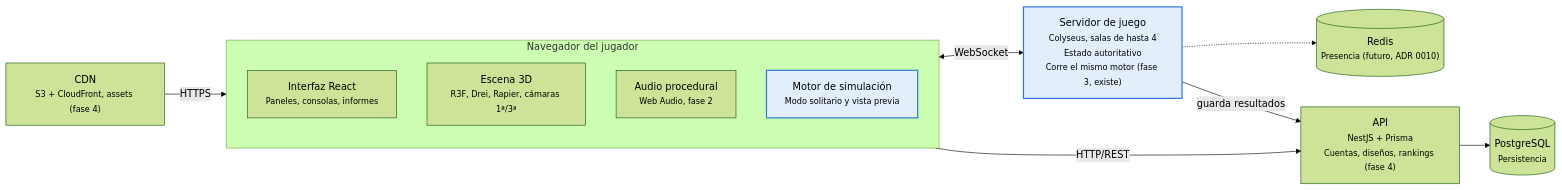
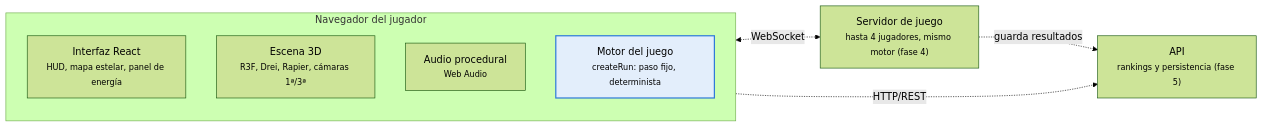
Before and after one commit to katsevi/payload: the diagram in docs/ARCHITECTURE.md, drawn with Mermaid (forest theme). The commit also changed other lines of this file and 278 other files, not shown here.

````diff
--- a/docs/ARCHITECTURE.md
+++ b/docs/ARCHITECTURE.md
@@ -13,22 +12,15 @@
 ```mermaid
 flowchart LR
     subgraph NAV["Navegador del jugador"]
-        UI["Interfaz React<br/><small>Paneles, consolas, informes</small>"]
+        UI["Interfaz React<br/><small>HUD, mapa estelar, panel de energía</small>"]
         ESC["Escena 3D<br/><small>R3F, Drei, Rapier, cámaras 1ª/3ª</small>"]
-        AUD["Audio procedural<br/><small>Web Audio, fase 2</small>"]
-        SIM1["Motor de simulación<br/><small>Modo solitario y vista previa</small>"]
+        AUD["Audio procedural<br/><small>Web Audio</small>"]
+        SIM1["Motor del juego<br/><small>createRun: paso fijo, determinista</small>"]
     end
-    CDN["CDN<br/><small>S3 + CloudFront, assets (fase 4)</small>"]
-    GS["Servidor de juego<br/><small>Colyseus, salas de hasta 4<br/>Estado autoritativo<br/>Corre el mismo motor (fase 3, existe)</small>"]
-    API["API<br/><small>NestJS + Prisma<br/>Cuentas, diseños, rankings (fase 4)</small>"]
-    RED[("Redis<br/><small>Presencia (futuro, ADR 0010)</small>")]
-    PG[("PostgreSQL<br/><small>Persistencia</small>")]
-    CDN -- HTTPS --> NAV
-    NAV <-- WebSocket --> GS
-    NAV -- "HTTP/REST" --> API
-    GS -.-> RED
-    GS -- "guarda resultados" --> API
-    API --> PG
+    GS["Servidor de juego<br/><small>hasta 4 jugadores, mismo motor (fase 4)</small>"]
+    API["API<br/><small>rankings y persistencia (fase 5)</small>"]
+    NAV <-. WebSocket .-> GS
+    NAV -. "HTTP/REST" .-> API
+    GS -. "guarda resultados" .-> API
     style SIM1 fill:#e3eefb,stroke:#2f7bd8,stroke-width:2px
-    style GS fill:#e3eefb,stroke:#2f7bd8,stroke-width:2px
 ```
````
